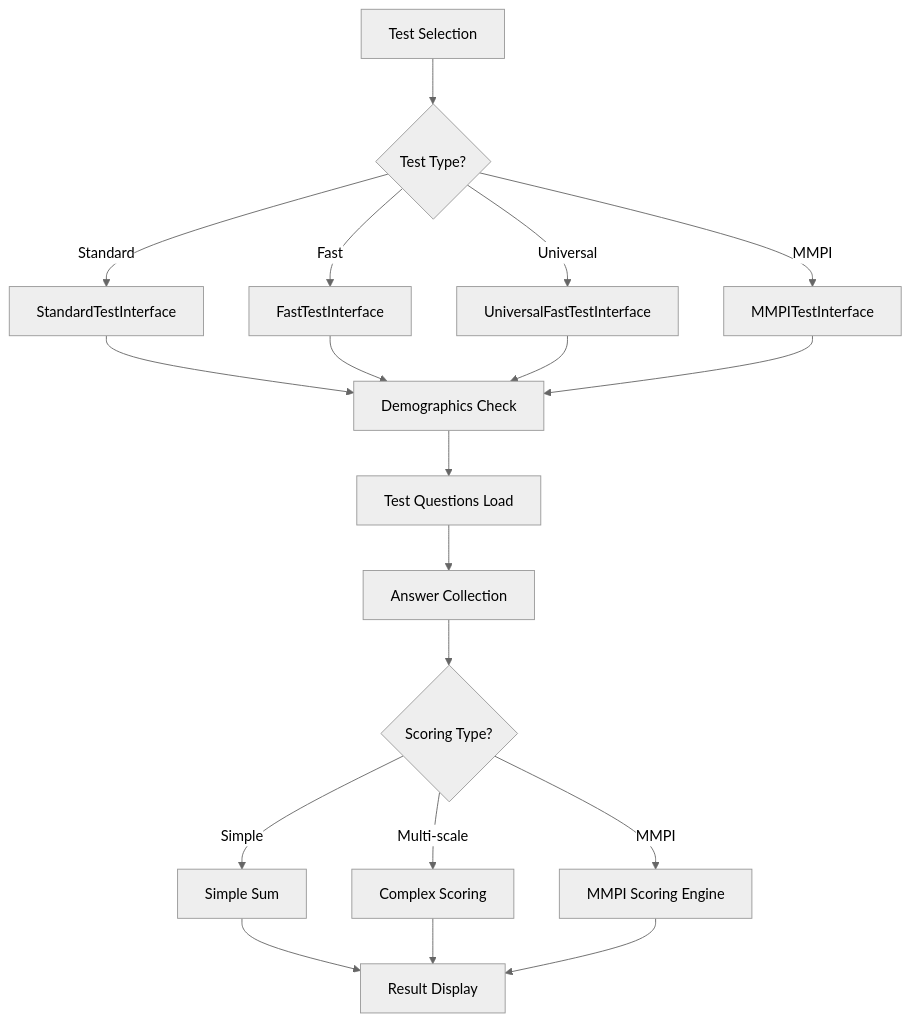
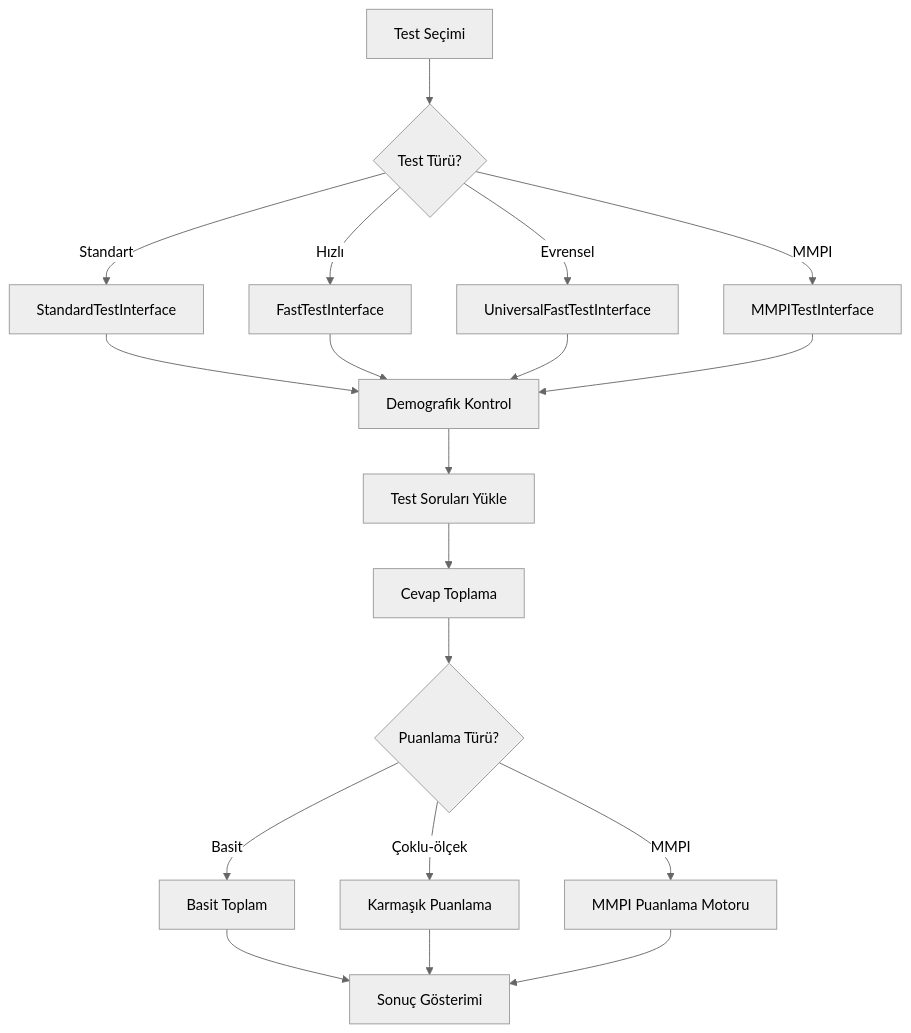
The diagram in REFACTORING_PLANI.md (Nadirmermer/test-builder-suite-43), drawn with Mermaid (neutral theme) before and after one commit. The commit also changed other lines of this file, not shown here.

````diff
--- a/REFACTORING_PLANI.md
+++ b/REFACTORING_PLANI.md
@@ -172,25 +172,25 @@
 ```mermaid
 graph TD
-    A[Test Selection] --> B{Test Type?}
-    B -->|Standard| C[StandardTestInterface]
-    B -->|Fast| D[FastTestInterface] 
-    B -->|Universal| E[UniversalFastTestInterface]
+    A[Test Seçimi] --> B{Test Türü?}
+    B -->|Standart| C[StandardTestInterface]
+    B -->|Hızlı| D[FastTestInterface] 
+    B -->|Evrensel| E[UniversalFastTestInterface]
     B -->|MMPI| F[MMPITestInterface]
     
-    C --> G[Demographics Check]
+    C --> G[Demografik Kontrol]
     D --> G
     E --> G  
     F --> G
     
-    G --> H[Test Questions Load]
-    H --> I[Answer Collection]
-    I --> J{Scoring Type?}
+    G --> H[Test Soruları Yükle]
+    H --> I[Cevap Toplama]
+    I --> J{Puanlama Türü?}
     
-    J -->|Simple| K[Simple Sum]
-    J -->|Multi-scale| L[Complex Scoring]
-    J -->|MMPI| M[MMPI Scoring Engine]
+    J -->|Basit| K[Basit Toplam]
+    J -->|Çoklu-ölçek| L[Karmaşık Puanlama]
+    J -->|MMPI| M[MMPI Puanlama Motoru]
     
-    K --> N[Result Display]
+    K --> N[Sonuç Gösterimi]
     L --> N
     M --> N
 ```
````
